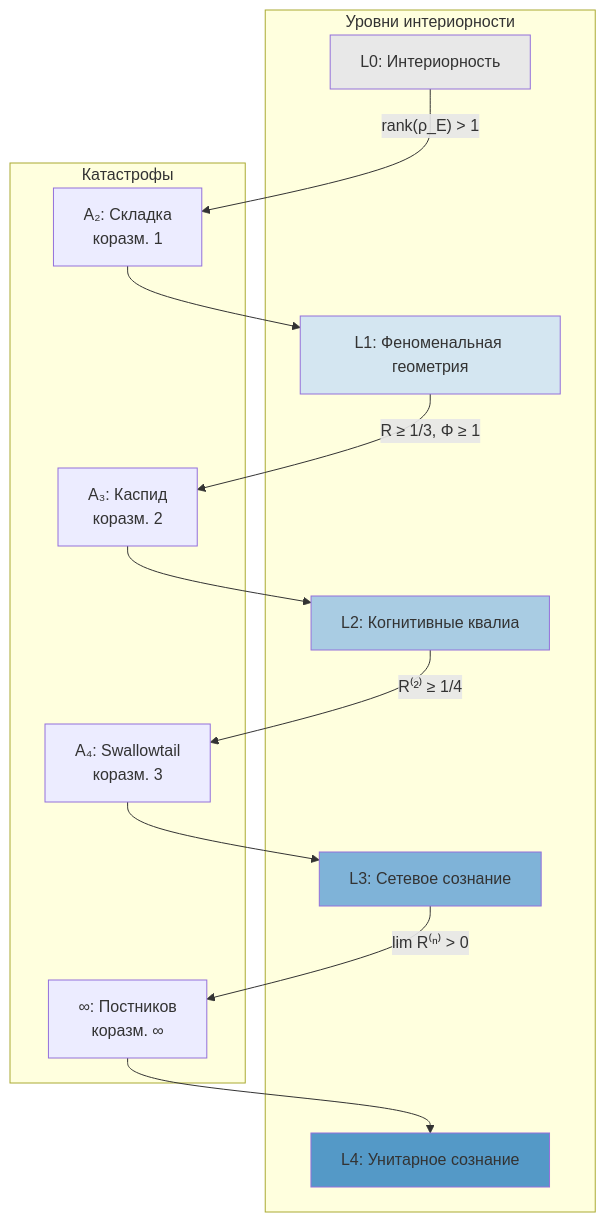
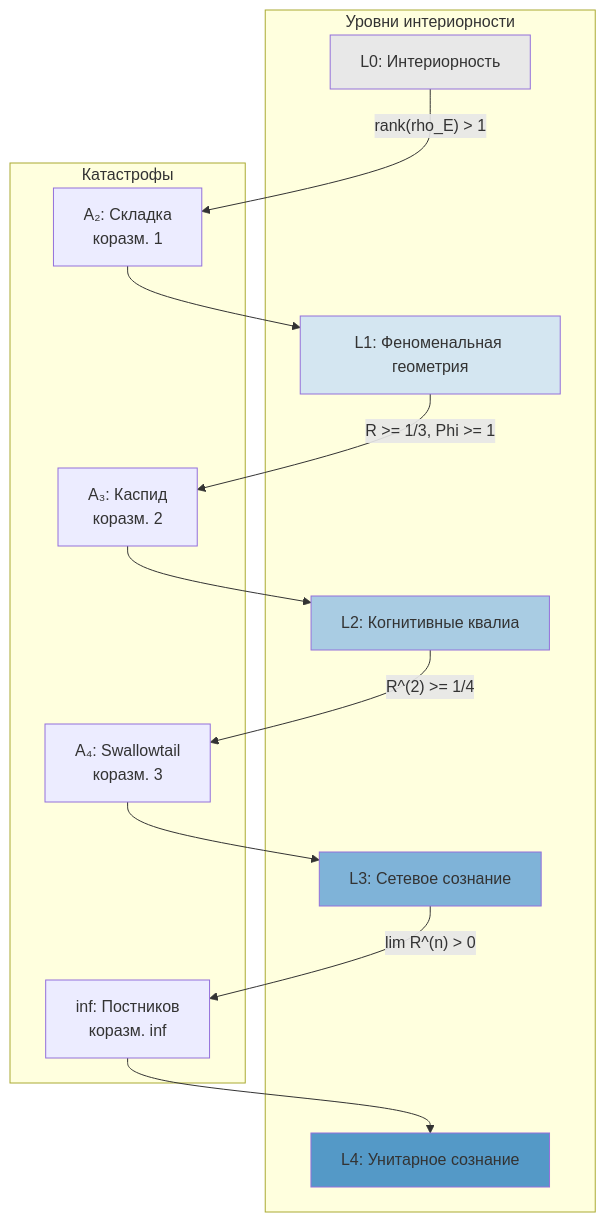
The diagram in website/docs/consciousness/hierarchy/swallowtail-transitions.md (uhm-theory/holon), drawn with Mermaid before and after one commit. The commit also changed other lines of this file and 117 other files, not shown here.

````diff
--- a/website/docs/consciousness/hierarchy/swallowtail-transitions.md
+++ b/website/docs/consciousness/hierarchy/swallowtail-transitions.md
@@ -239,28 +316,28 @@
 ```mermaid
 graph TD
     subgraph Levels["Уровни интериорности"]
         L0["L0: Интериорность"]
         L1["L1: Феноменальная геометрия"]
         L2["L2: Когнитивные квалиа"]
         L3["L3: Сетевое сознание"]
         L4["L4: Унитарное сознание"]
     end
 
     subgraph Catastrophes["Катастрофы"]
         A2["A₂: Складка<br/>коразм. 1"]
         A3["A₃: Каспид<br/>коразм. 2"]
         A4["A₄: Swallowtail<br/>коразм. 3"]
-        A5["∞: Постников<br/>коразм. ∞"]
+        A5["inf: Постников<br/>коразм. inf"]
     end
 
-    L0 --> |"rank(ρ_E) > 1"| A2 --> L1
-    L1 --> |"R ≥ 1/3, Φ ≥ 1"| A3 --> L2
-    L2 --> |"R⁽²⁾ ≥ 1/4"| A4 --> L3
-    L3 --> |"lim R⁽ⁿ⁾ > 0"| A5 --> L4
+    L0 --> |"rank(rho_E) > 1"| A2 --> L1
+    L1 --> |"R >= 1/3, Phi >= 1"| A3 --> L2
+    L2 --> |"R^(2) >= 1/4"| A4 --> L3
+    L3 --> |"lim R^(n) > 0"| A5 --> L4
 
     style L0 fill:#e8e8e8
     style L1 fill:#d4e6f1
     style L2 fill:#a9cce3
     style L3 fill:#7fb3d8
     style L4 fill:#5499c7
 ```
````
